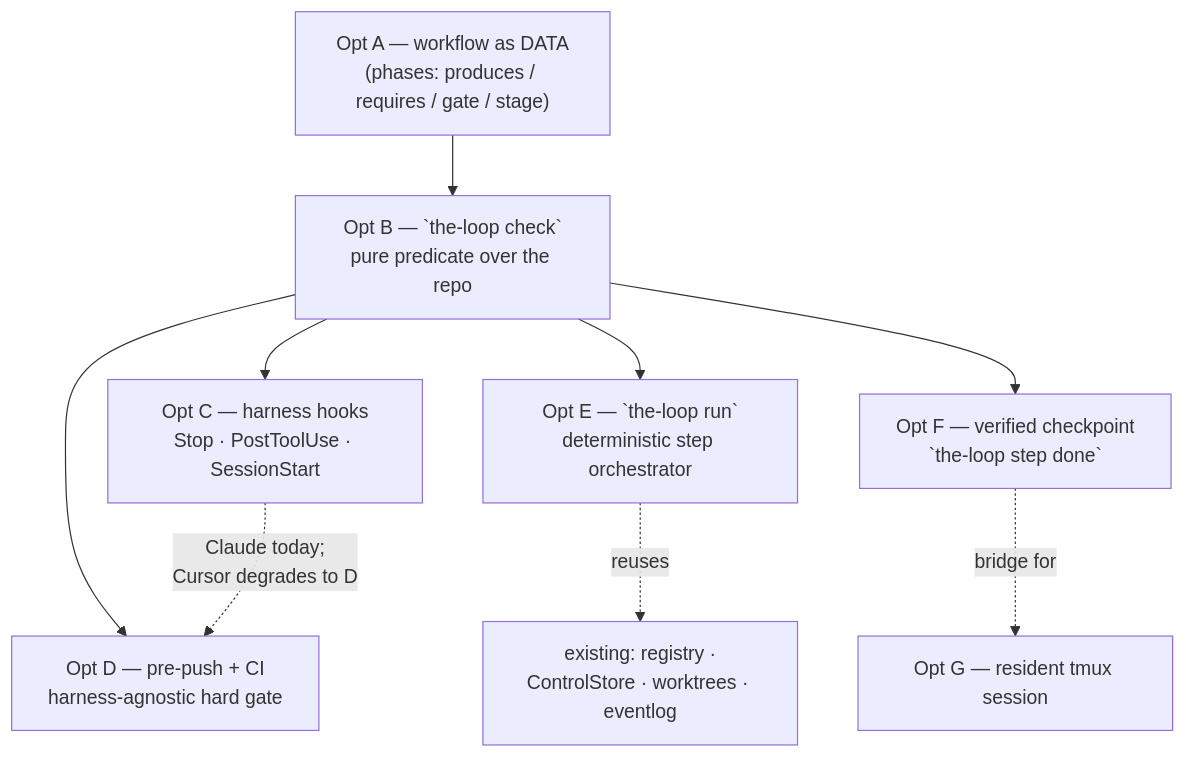
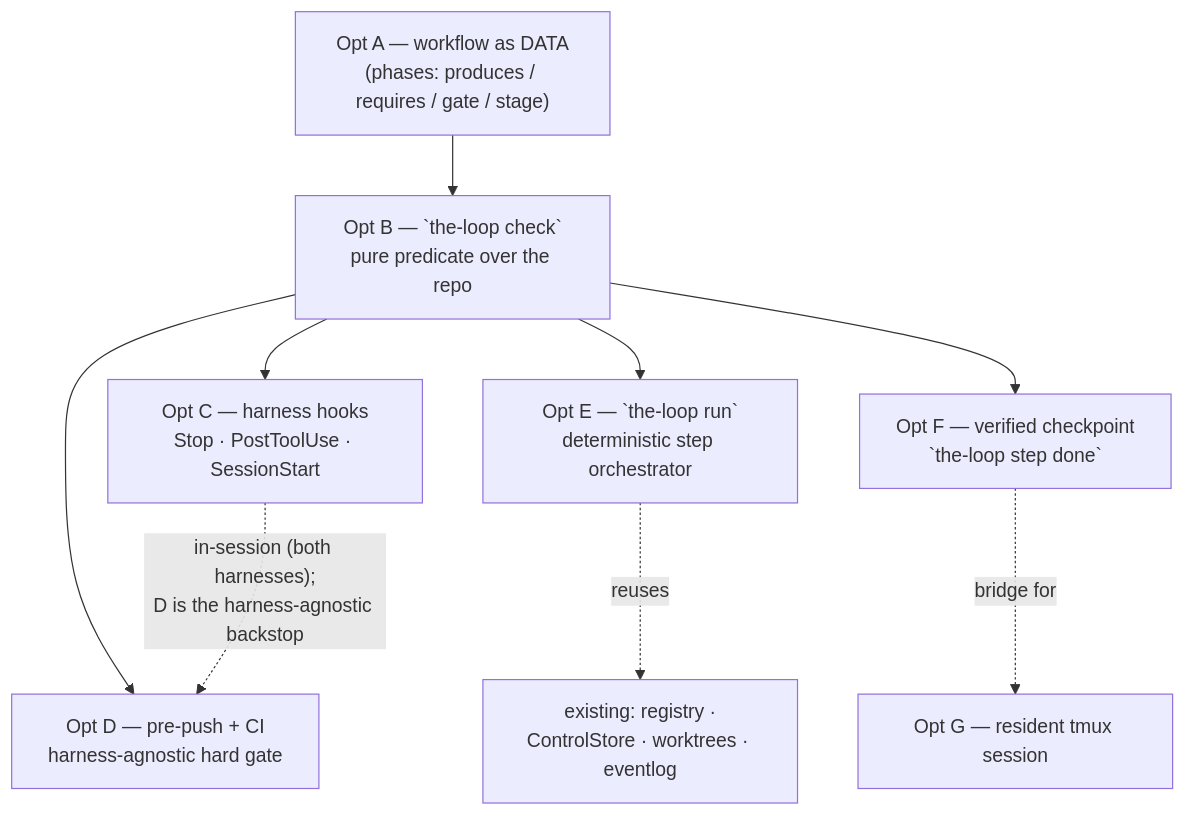
One commit to MadaraUchiha-314/the-loop changed the first of 2 diagrams in docs/specs/issue-109/brainstorm.md. Above: the diagram before and after it, drawn with Mermaid. The commit also changed other lines of this file and 1 other file, not shown here.

First line of the commit message:
docs(issue-109): correct the Cursor hook claim — Option C is cross-harness

````diff
--- a/docs/specs/issue-109/brainstorm.md
+++ b/docs/specs/issue-109/brainstorm.md
@@ -364,13 +393,13 @@
 ```mermaid
 flowchart TD
     A["Opt A — workflow as DATA<br/>(phases: produces / requires / gate / stage)"]
     B["Opt B — `the-loop check`<br/>pure predicate over the repo"]
     A --> B
     B --> C["Opt C — harness hooks<br/>Stop · PostToolUse · SessionStart"]
     B --> D["Opt D — pre-push + CI<br/>harness-agnostic hard gate"]
     B --> E["Opt E — `the-loop run`<br/>deterministic step orchestrator"]
     B --> F["Opt F — verified checkpoint<br/>`the-loop step done`"]
-    C -.->|"Claude today;<br/>Cursor degrades to D"| D
+    C -.->|"in-session (both harnesses);<br/>D is the harness-agnostic backstop"| D
     E -.->|reuses| R["existing: registry ·<br/>ControlStore · worktrees · eventlog"]
     F -.->|bridge for| G["Opt G — resident tmux session"]
 ```
````
